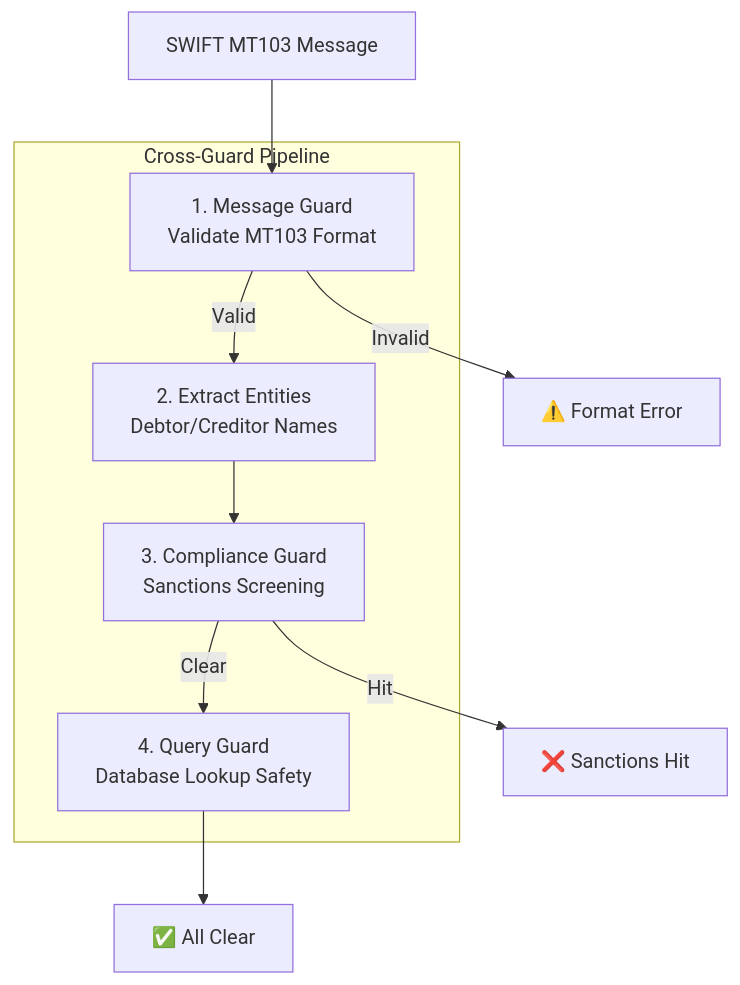
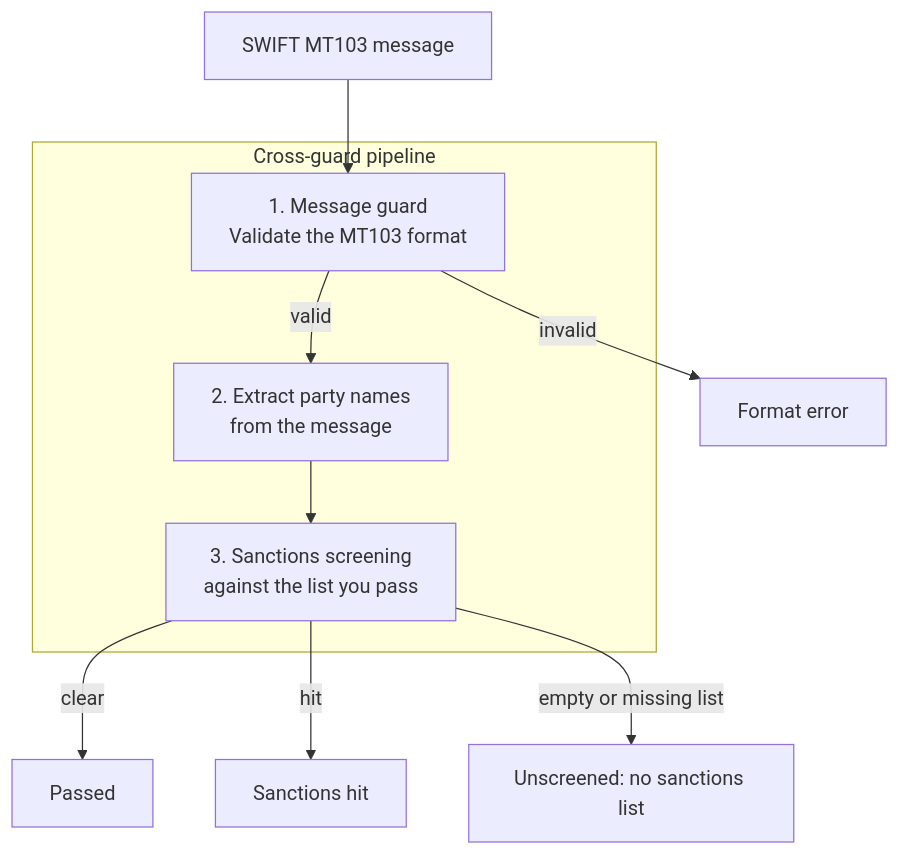
One commit to QWED-AI/qwed-finance-docs changed the fifth of 6 diagrams in finance/design.mdx. Above: the diagram before and after it, drawn with Mermaid. The commit also changed other lines of this file and 13 other files, not shown here.

````diff
--- a/finance/design.mdx
+++ b/finance/design.mdx
@@ -156,23 +133,23 @@
 ```mermaid
 flowchart TD
-    Input["SWIFT MT103 Message"]
-    
-    subgraph "Cross-Guard Pipeline"
-        Step1["1. Message Guard<br/>Validate MT103 Format"]
-        Step2["2. Extract Entities<br/>Debtor/Creditor Names"]
-        Step3["3. Compliance Guard<br/>Sanctions Screening"]
-        Step4["4. Query Guard<br/>Database Lookup Safety"]
+    Input["SWIFT MT103 message"]
+
+    subgraph "Cross-guard pipeline"
+        Step1["1. Message guard<br/>Validate the MT103 format"]
+        Step2["2. Extract party names<br/>from the message"]
+        Step3["3. Sanctions screening<br/>against the list you pass"]
     end
-    
-    Output1["✅ All Clear"]
-    Output2["❌ Sanctions Hit"]
-    Output3["⚠️ Format Error"]
-    
+
+    Output1["Passed"]
+    Output2["Sanctions hit"]
+    Output3["Format error"]
+    Output4["Unscreened: no sanctions list"]
+
     Input --> Step1
-    Step1 -->|Valid| Step2
-    Step1 -->|Invalid| Output3
+    Step1 -->|"valid"| Step2
+    Step1 -->|"invalid"| Output3
     Step2 --> Step3
-    Step3 -->|Clear| Step4
-    Step3 -->|Hit| Output2
-    Step4 --> Output1
+    Step3 -->|"clear"| Output1
+    Step3 -->|"hit"| Output2
+    Step3 -->|"empty or missing list"| Output4
 ```
````
